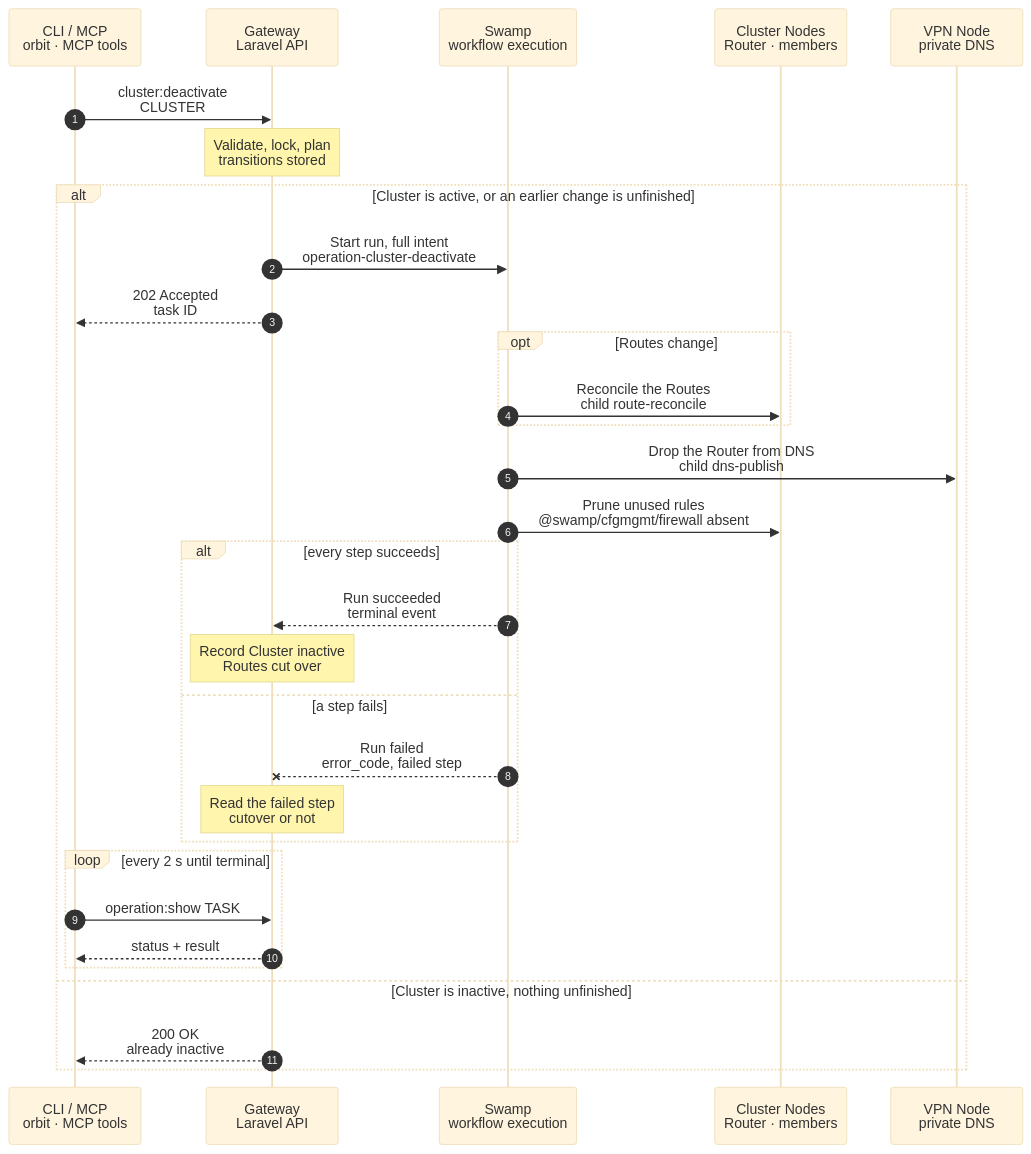
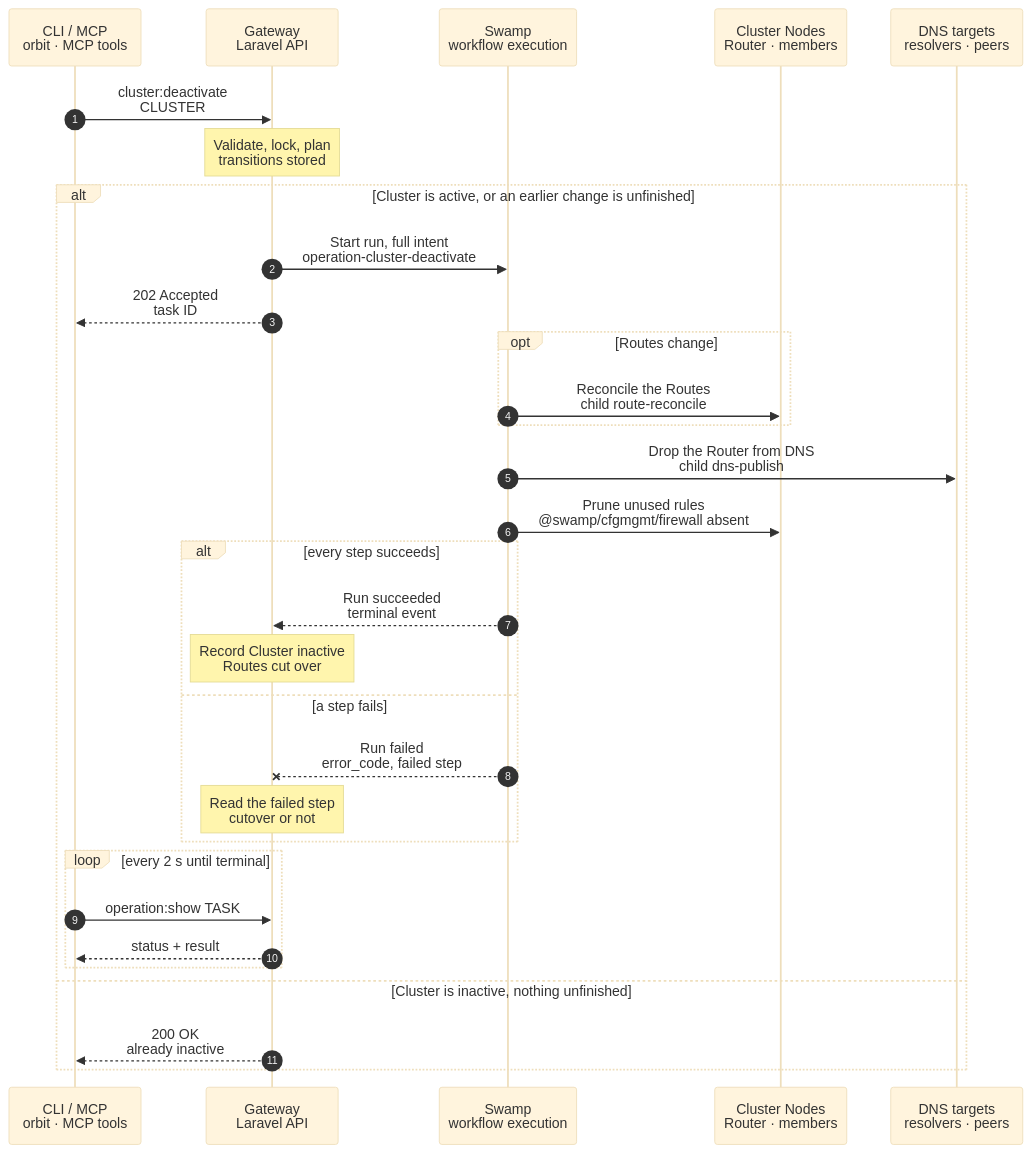
The diagram in docs/cli/cluster/deactivate.mmd (hardimpactdev/orbit), drawn with Mermaid (base theme) before and after one commit. The commit also changed 13 other files, not shown here.

Commit message:
docs(dns): design Cluster router resolvers before VPN cutover

```diff
--- a/docs/cli/cluster/deactivate.mmd
+++ b/docs/cli/cluster/deactivate.mmd
@@ -1,64 +1,66 @@
 sequenceDiagram
   %% Target design: ADR 0244 task, one Swamp run with the shared route reconcile child (route.reconcile). docs/reference/routes.md#change-a-tld-cluster-state-or-cluster-membership.
-  %% status: reviewed
+  %% status: draft
   %% command: cluster:deactivate
   %% kind: cluster.deactivate
   autonumber
   %% lane CLI icon=terminal pill=caller tone=gray
   %% lane GW icon=gateway pill=intent tone=blue
   %% lane SW icon=workflow pill=executes tone=green
   %% lane N icon=server pill=target tone=amber
   %% lane V icon=server pill=target tone=purple
   participant CLI as CLI / MCP<br/>orbit · MCP tools
   participant GW as Gateway<br/>Laravel API
   participant SW as Swamp<br/>workflow execution
   participant N as Cluster Nodes<br/>Router · members
-  participant V as VPN Node<br/>private DNS
+  participant V as DNS targets<br/>resolvers · peers
   CLI->>GW: cluster:deactivate<br/>CLUSTER
   %%> Consent:
   %%> - the CLI resolves the Cluster, then asks to confirm with its name and the effect; `--force` skips the prompt (`cluster.confirmation_required` without it)
   Note over GW: Validate, lock, plan<br/>transitions stored
   %%> Requirements:
   %%> - the calling Node has an access grant to a member Node, or to the Gateway Node when the Cluster has none
   %%> - every affected Route keeps a valid domain, scope and target, and a generated Route still has an effective TLD from its Node; one refusal leaves every Route in place; an active public Route that the change would move is refused (`route.reconciliation_required`)
   %%> - no other Cluster change runs; the Gateway waits up to 30 seconds, then refuses with `cluster.router_busy`
   %%> Stored:
   %%> - the Cluster stays active; a pending replacement is stored for each domain change and the old placement for each scope change
   alt Cluster is active, or an earlier change is unfinished
     GW->>SW: Start run, full intent<br/>operation-cluster-deactivate
     GW-->>CLI: 202 Accepted<br/>task ID
     opt Routes change
       SW->>N: Reconcile the Routes<br/>child route-reconcile
       %%> What it does:
       %%> - returns every affected Route to its Node scope, with generated domains on the Node TLDs; the cutover is inside the child
     end
     SW->>V: Drop the Router from DNS<br/>child dns-publish
+    %%> DNS lifecycle:
+    %%> - the shared publication checks the VPN and Cluster projections, moves affected LAN member policies, and holds old resolver cleanup until every member confirms (ADR 0248)
     %%> What it does:
     %%> - private DNS stops answering Cluster names with the Router
     SW->>N: Prune unused rules<br/>@swamp/cfgmgmt/firewall absent
     %%> Why last:
     %%> - members keep their LAN path to the Router until the Routes and DNS have moved
     %%> Why it always runs:
     %%> - a rerun after a failure past the cutover prunes from the stored state; before the cutover the Cluster is still active and nothing is pruned
     alt every step succeeds
       SW-->>GW: Run succeeded<br/>terminal event
       Note over GW: Record Cluster inactive<br/>Routes cut over
     else a step fails
       SW--xGW: Run failed<br/>error_code, failed step
       Note over GW: Read the failed step<br/>cutover or not
       %%> Result before the cutover:
       %%> - the Cluster stays active and every Route keeps its domain and scope
       %%> Result after the cutover:
       %%> - the Cluster is inactive; a rerun finishes the withdrawal and the prune
       %%> Retry:
       %%> - run the same command again; every step runs again and skips what already matches
     end
     loop every 2 s until terminal
       CLI->>GW: operation:show TASK
       GW-->>CLI: status + result
     end
   else Cluster is inactive, nothing unfinished
     GW-->>CLI: 200 OK<br/>already inactive
     %%> Skipped:
     %%> - nothing runs and the result reports `Skipped — already inactive (cluster.state_unchanged)`
   end
```
